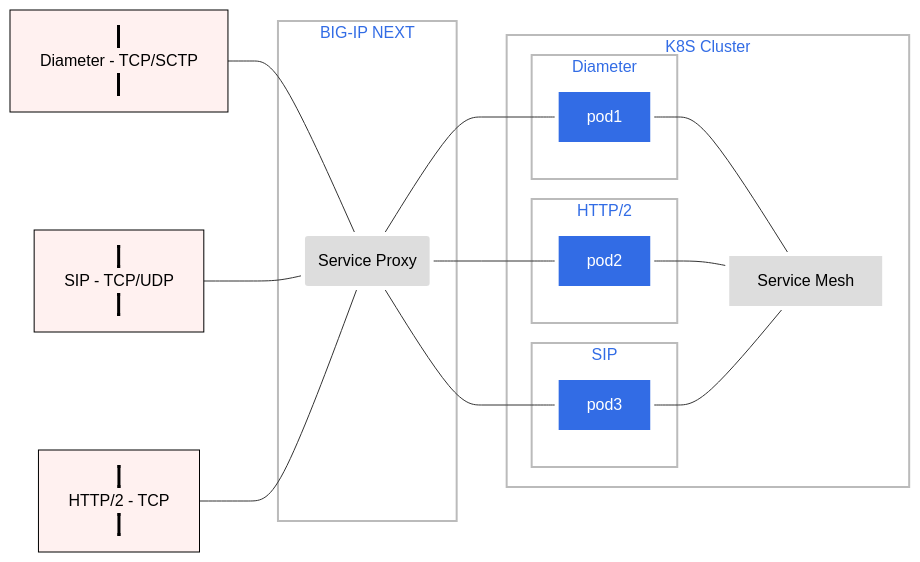
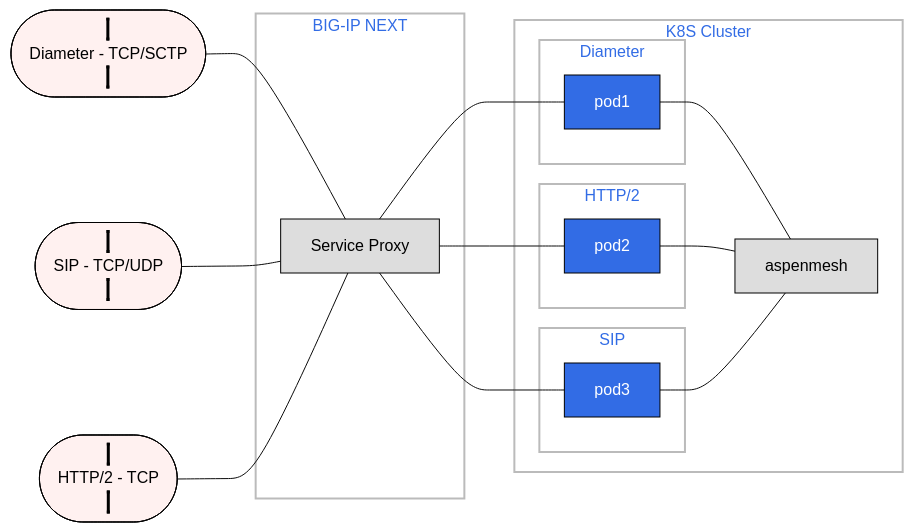
The diagram in intro.mmd (robinmordasiewicz/faq), drawn with Mermaid before and after one commit. The commit also changed other lines of this file and 11 other files, not shown here.

```diff
--- a/intro.mmd
+++ b/intro.mmd
@@ -1,35 +1,35 @@
+%%{init: {'theme': 'base', 'themeVariables': { 'primaryColor': '#ffcccc', 'edgeLabelBackground':'#ffffee', 'tertiaryColor': '#fff0f0'}}}%%
 graph LR;
-    a[Diameter - TCP/SCTP] --- spk(Service Proxy)
-    b[SIP - TCP/UDP] --- spk
-    c[HTTP/2 - TCP] --- spk
+    a([Diameter - TCP/SCTP]) --- spk[Service Proxy]
+    b([SIP - TCP/UDP]) --- spk
+    c([HTTP/2 - TCP]) --- spk
 
-    subgraph BIG-IP NEXT
+    subgraph bigipnext [BIG-IP NEXT]
         spk
     end
         spk --- pod1
         spk --- pod2
         spk --- pod3
-    subgraph "K8S Cluster"
+    subgraph k8scluster [K8S Cluster]
         subgraph "Diameter"
             pod1
         end
         subgraph "HTTP/2"
             pod2
         end
         subgraph "SIP"
             pod3
         end
         pod1 --- aspenmesh
         pod2 --- aspenmesh
         pod3 --- aspenmesh
-            aspenmesh[Service Mesh]
     end
  
-   classDef protocols fill:#fff1f0,stroke:#000000,stroke-width:1px,color:#000,border-style: solid;
-   classDef f5 fill:#ddd,stroke:#fff,stroke-width:4px,color:#000;
-   classDef k8s fill:#326ce5,stroke:#fff,stroke-width:4px,color:#fff;
+   classDef protocols fill:#fff1f0,stroke:#000000,stroke-width:1px,color:#000,border-style:solid;
+   classDef f5 fill:#ddd,stroke:#000000,stroke-width:1px,color:#000;
+   classDef k8s fill:#326ce5,stroke:#000000,stroke-width:1px,color:#fff;
    classDef cluster fill:#fff,stroke:#bbb,stroke-width:2px,color:#326ce5;
    class a,b,c protocols;
    class spk,aspenmesh f5;
    class pod1,pod2,pod3,pod4,pod5,pod6 k8s;
-   class zoneA,zoneB cluster;
+   class k8scluster cluster;
```
